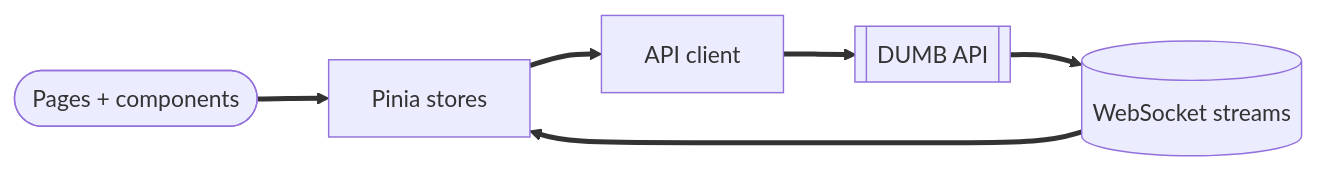
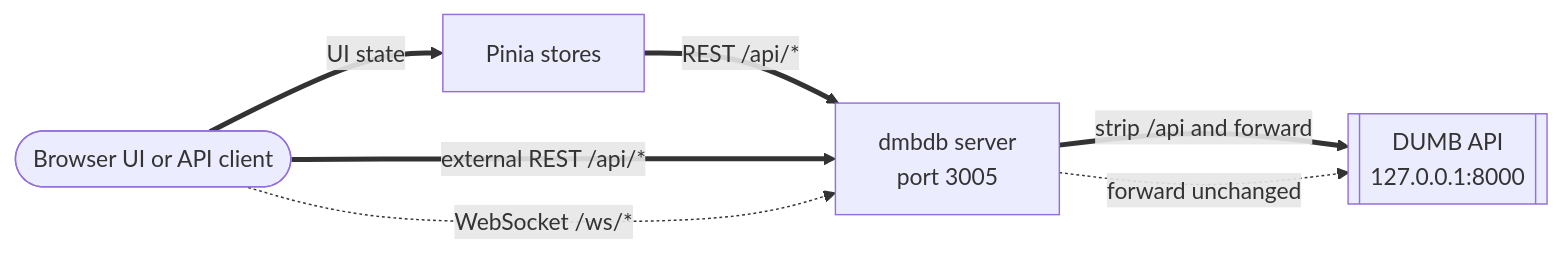
One commit to I-am-PUID-0/DUMB_docs changed the diagram in docs/architecture/frontend.md. Above: the diagram before and after it, drawn with Mermaid. The commit also changed other lines of this file and 90 other files, not shown here.

````diff
--- a/docs/architecture/frontend.md
+++ b/docs/architecture/frontend.md
@@ -27,15 +27,15 @@
 ```mermaid
 %%{ init: { "flowchart": { "curve": "basis" } } }%%
 flowchart LR
-    UI([Pages + components])
+    CLIENT([Browser UI or API client])
     ST[Pinia stores]
-    API[API client]
-    BE[[DUMB API]]
-    WS[(WebSocket streams)]
+    FE[dmbdb server<br/>port 3005]
+    BE[[DUMB API<br/>127.0.0.1:8000]]
 
-    UI ==> ST
-    ST ==> API
-    API ==> BE
-    BE ==> WS
-    WS ==> ST
+    CLIENT ==>|UI state| ST
+    ST ==>|REST /api/*| FE
+    CLIENT ==>|external REST /api/*| FE
+    FE ==>|strip /api and forward| BE
+    CLIENT -.->|WebSocket /ws/*| FE
+    FE -.->|forward unchanged| BE
 ```
````
